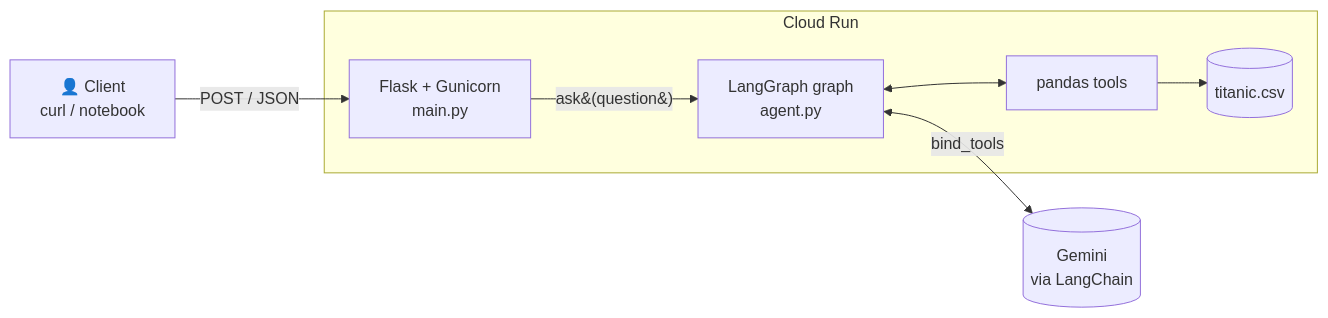
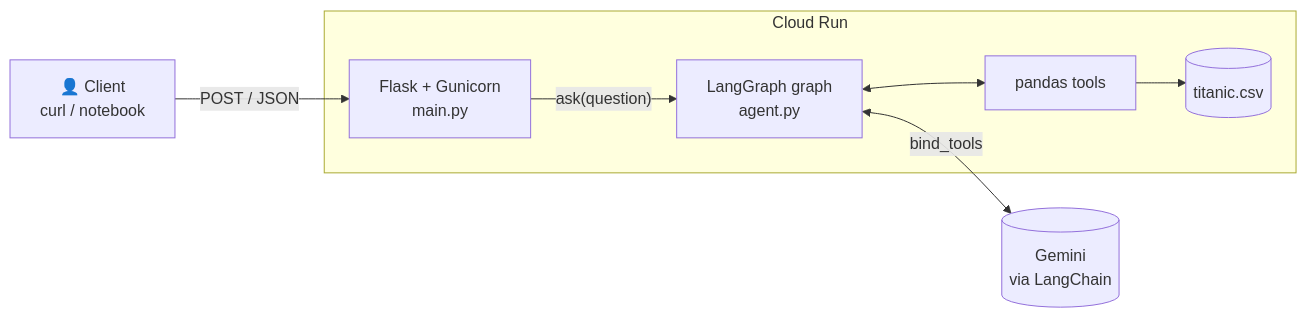
Before and after one commit to anvaldes/Langraph_Langchain_Agent: the first of 3 diagrams in README.md, drawn with Mermaid.

````diff
--- a/README.md
+++ b/README.md
@@ -73,14 +73,14 @@
 ```mermaid
 flowchart LR
     U[👤 Client<br/>curl / notebook] -->|POST /  JSON| API[Flask + Gunicorn<br/>main.py]
-    API -->|ask&#40;question&#41;| G[LangGraph graph<br/>agent.py]
+    API -->|"ask(question)"| G[LangGraph graph<br/>agent.py]
     G <-->|bind_tools| LLM[(Gemini<br/>via LangChain)]
     G <--> T[pandas tools]
     T --> D[(titanic.csv)]
     subgraph Cloud Run
       API
       G
       T
       D
     end
 ```
````
